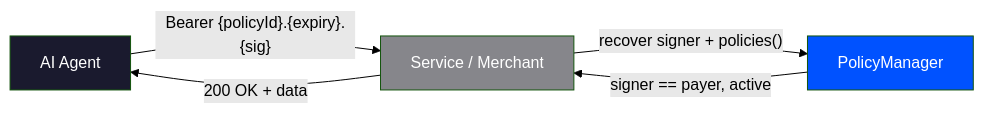
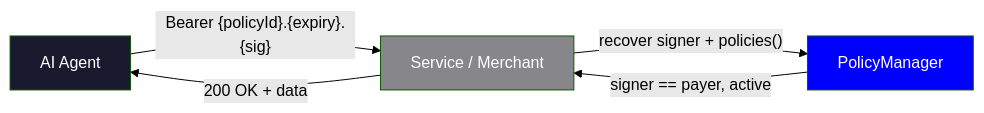
Before and after one commit to apeoverflow/Auto-Pay-Protocol: the second of 12 diagrams in documentation/AGENT_ARCHITECTURE.md, drawn with Mermaid (forest theme). The commit also changed other lines of this file and 28 other files, not shown here.

````diff
--- a/documentation/AGENT_ARCHITECTURE.md
+++ b/documentation/AGENT_ARCHITECTURE.md
@@ -45,11 +45,11 @@
 ```mermaid
 graph LR
     A[AI Agent] -->|"Bearer {policyId}.{expiry}.{sig}"| S[Service / Merchant]
     S -->|"recover signer + policies()"| P[PolicyManager]
     P -->|"signer == payer, active"| S
     S -->|"200 OK + data"| A
 
     style A fill:#1a1a2e,color:#fff
     style S fill:#86868B,color:#fff
-    style P fill:#0052FF,color:#fff
+    style P fill:#0000FF,color:#fff
 ```
````
